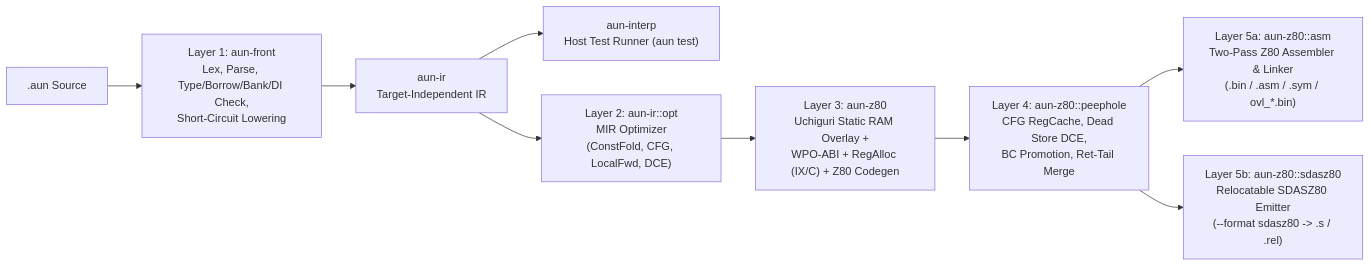
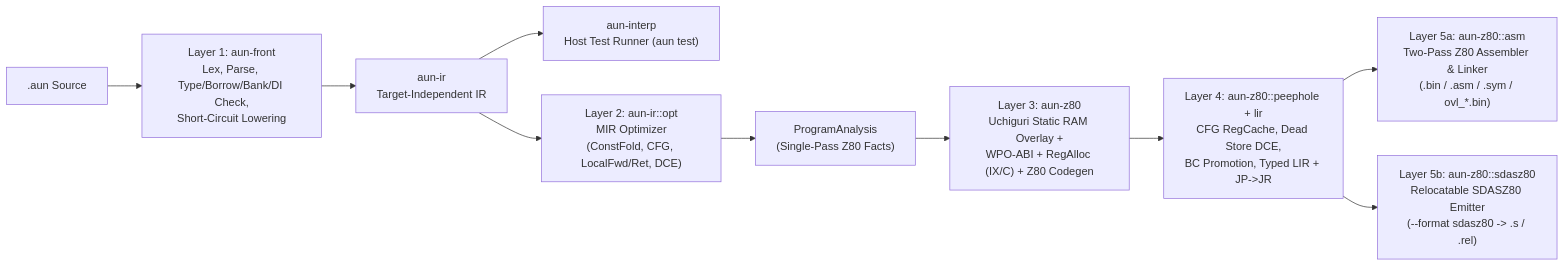
One commit to toyoshim-i/aun changed the diagram in docs/internals.md. Above: the diagram before and after it, drawn with Mermaid. The commit also changed other lines of this file and 2 other files, not shown here.

First line of the commit message:
fix(z80,docs): fix Phase A LIR edge cases and sync internals.md

````diff
--- a/docs/internals.md
+++ b/docs/internals.md
@@ -9,11 +9,12 @@
 ```mermaid
 flowchart LR
     SRC[".aun Source"] --> L1["Layer 1: aun-front\nLex, Parse, Type/Borrow/Bank/DI Check,\nShort-Circuit Lowering"]
     L1 --> IR["aun-ir\nTarget-Independent IR"]
     IR --> INTERP["aun-interp\nHost Test Runner (aun test)"]
-    IR --> L2["Layer 2: aun-ir::opt\nMIR Optimizer\n(ConstFold, CFG, LocalFwd, DCE)"]
-    L2 --> L3["Layer 3: aun-z80\nUchiguri Static RAM Overlay +\nWPO-ABI + RegAlloc (IX/C) + Z80 Codegen"]
-    L3 --> L4["Layer 4: aun-z80::peephole\nCFG RegCache, Dead Store DCE,\nBC Promotion, Ret-Tail Merge"]
+    IR --> L2["Layer 2: aun-ir::opt\nMIR Optimizer\n(ConstFold, CFG, LocalFwd/Ret, DCE)"]
+    L2 --> AN["ProgramAnalysis\n(Single-Pass Z80 Facts)"]
+    AN --> L3["Layer 3: aun-z80\nUchiguri Static RAM Overlay +\nWPO-ABI + RegAlloc (IX/C) + Z80 Codegen"]
+    L3 --> L4["Layer 4: aun-z80::peephole + lir\nCFG RegCache, Dead Store DCE,\nBC Promotion, Typed LIR + JP->JR"]
     L4 --> L5A["Layer 5a: aun-z80::asm\nTwo-Pass Z80 Assembler & Linker\n(.bin / .asm / .sym / ovl_*.bin)"]
     L4 --> L5B["Layer 5b: aun-z80::sdasz80\nRelocatable SDASZ80 Emitter\n(--format sdasz80 -> .s / .rel)"]
 ```
````
